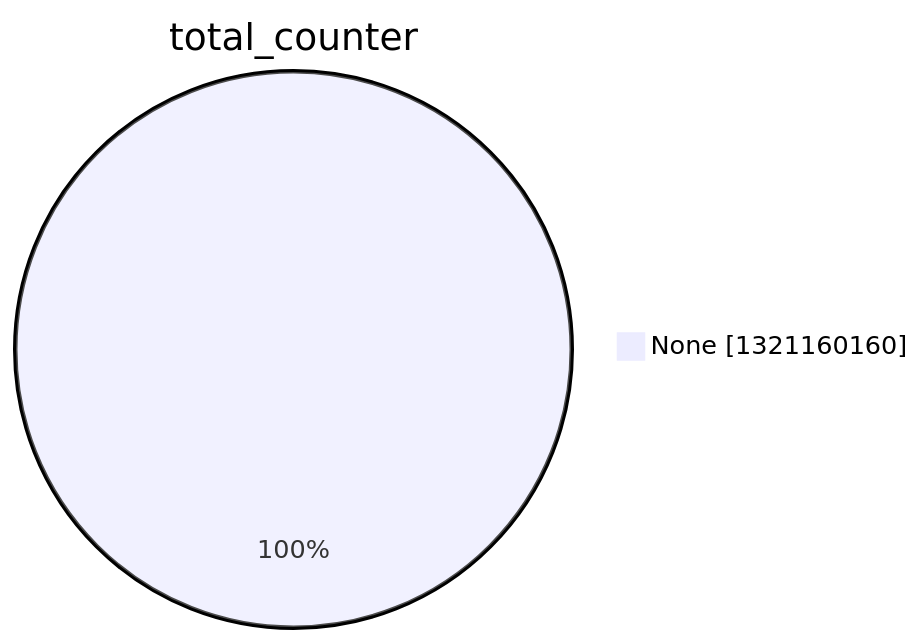
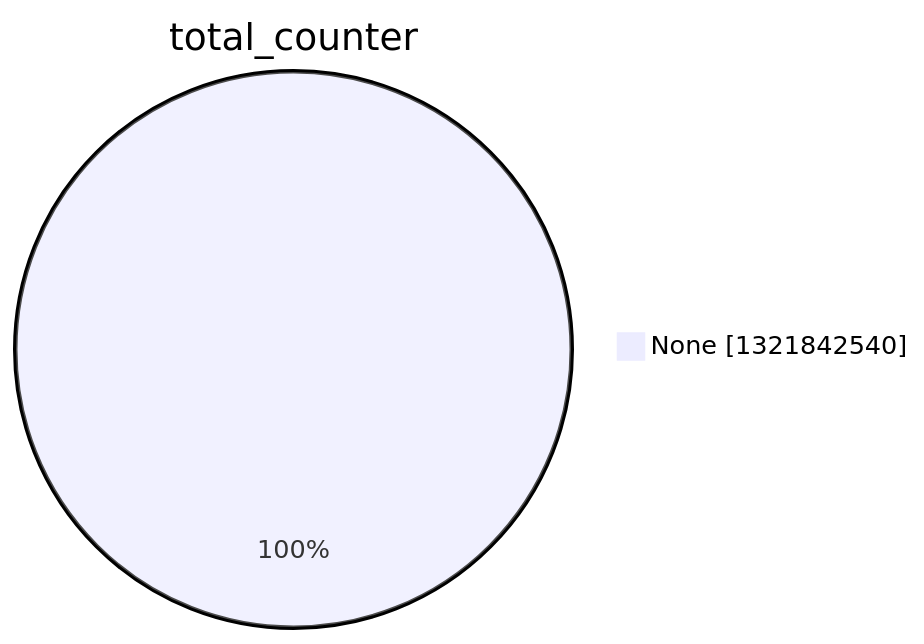
Before and after one commit to christiankrug/ctmonitor_visualization: the second of 15 diagrams in argon2022/README.md, drawn with Mermaid. The commit also changed other lines of this file, not shown here.

````diff
--- a/argon2022/README.md
+++ b/argon2022/README.md
@@ -9,5 +9,5 @@
 ```mermaid
 pie showData
 title total_counter
-"None" :1321160160
+"None" :1321842540
 ```
````
